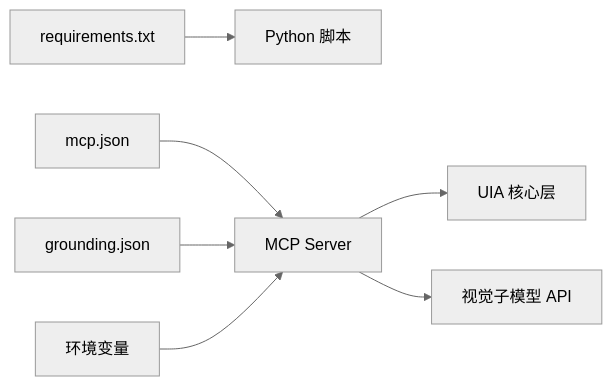
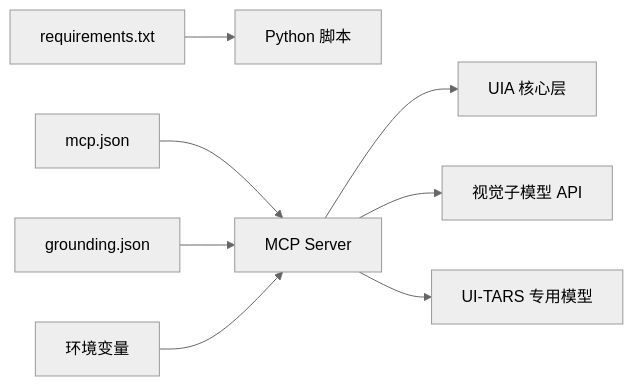
One commit to swond-Mao/Tiffa changed the third of 3 diagrams in .qoder/repowiki/zh/content/技能系统/计算机使用技能/视觉定位配置.md. Above: the diagram before and after it, drawn with Mermaid (neutral theme). The commit also changed other lines of this file and 25 other files, not shown here.

````diff
--- a/.qoder/repowiki/zh/content/技能系统/计算机使用技能/视觉定位配置.md
+++ b/.qoder/repowiki/zh/content/技能系统/计算机使用技能/视觉定位配置.md
@@ -172,9 +199,10 @@
 ```mermaid
 graph LR
 REQ["requirements.txt"] --> PY["Python 脚本"]
 MCPJSON["mcp.json"] --> MCP["MCP Server"]
 GND["grounding.json"] --> MCP
 ENV["环境变量"] --> MCP
 MCP --> UIA["UIA 核心层"]
 MCP --> VLM["视觉子模型 API"]
+MCP --> UITARS["UI-TARS 专用模型"]
 ```
````
